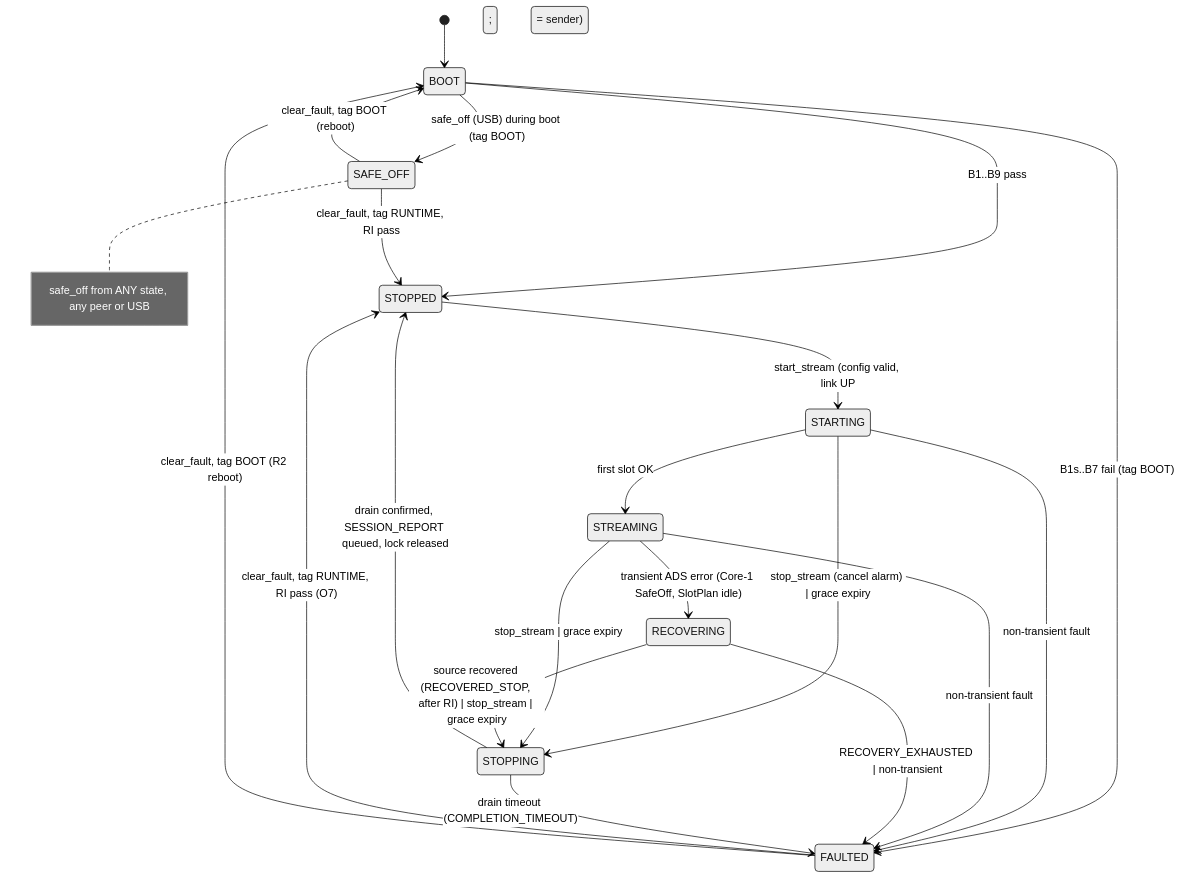
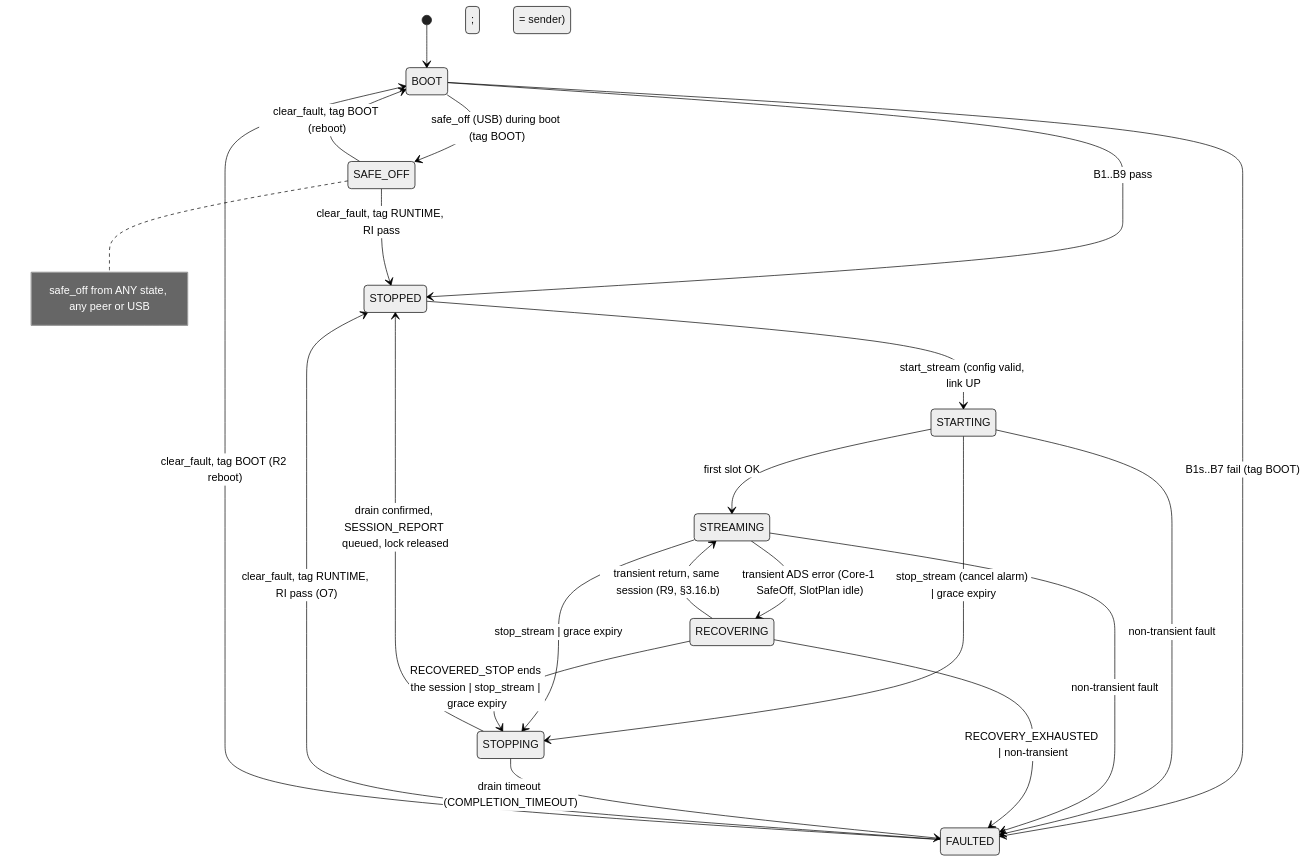
One commit to YerriSuyudHasim/noctinirs-2 changed the diagram in docs/adr/0004-host-protocol.md. Above: the diagram before and after it, drawn with Mermaid (neutral theme). The commit also changed other lines of this file, not shown here.

````diff
--- a/docs/adr/0004-host-protocol.md
+++ b/docs/adr/0004-host-protocol.md
@@ -310,23 +310,24 @@
 ```mermaid
 stateDiagram-v2
     [*] --> BOOT
     BOOT --> STOPPED: B1..B9 pass
     BOOT --> FAULTED: B1s..B7 fail (tag BOOT)
     BOOT --> SAFE_OFF: safe_off (USB) during boot (tag BOOT)
     STOPPED --> STARTING: start_stream (config valid, link UP; lock := sender)
     STARTING --> STREAMING: first slot OK
     STARTING --> STOPPING: stop_stream (cancel alarm) | grace expiry
     STARTING --> FAULTED: non-transient fault
     STREAMING --> STOPPING: stop_stream | grace expiry
     STREAMING --> RECOVERING: transient ADS error (Core-1 SafeOff, SlotPlan idle)
     STREAMING --> FAULTED: non-transient fault
-    RECOVERING --> STOPPING: source recovered (RECOVERED_STOP, after RI) | stop_stream | grace expiry
+    RECOVERING --> STREAMING: transient return, same session (R9, §3.16.b)
+    RECOVERING --> STOPPING: RECOVERED_STOP ends the session | stop_stream | grace expiry
     RECOVERING --> FAULTED: RECOVERY_EXHAUSTED | non-transient
     STOPPING --> STOPPED: drain confirmed, SESSION_REPORT queued, lock released
     STOPPING --> FAULTED: drain timeout (COMPLETION_TIMEOUT)
     FAULTED --> STOPPED: clear_fault, tag RUNTIME, RI pass (O7)
     SAFE_OFF --> STOPPED: clear_fault, tag RUNTIME, RI pass
     FAULTED --> BOOT: clear_fault, tag BOOT (R2 reboot)
     SAFE_OFF --> BOOT: clear_fault, tag BOOT (reboot)
     note right of SAFE_OFF: safe_off from ANY state, any peer or USB
 ```
````
